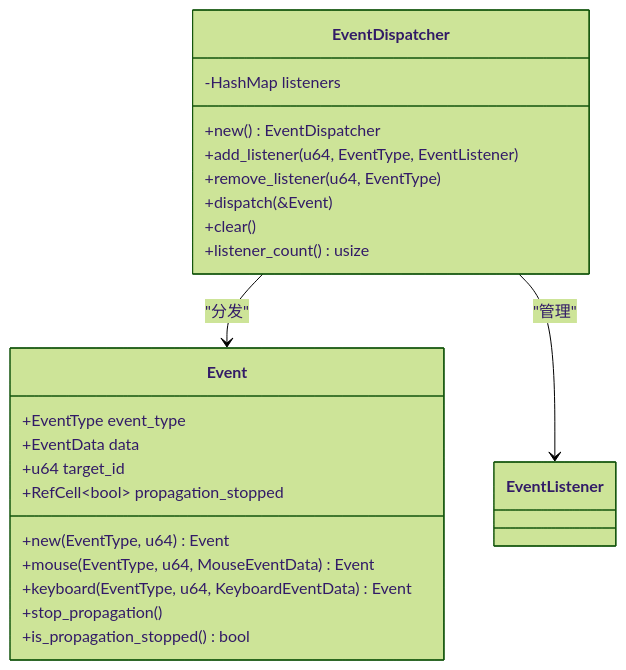
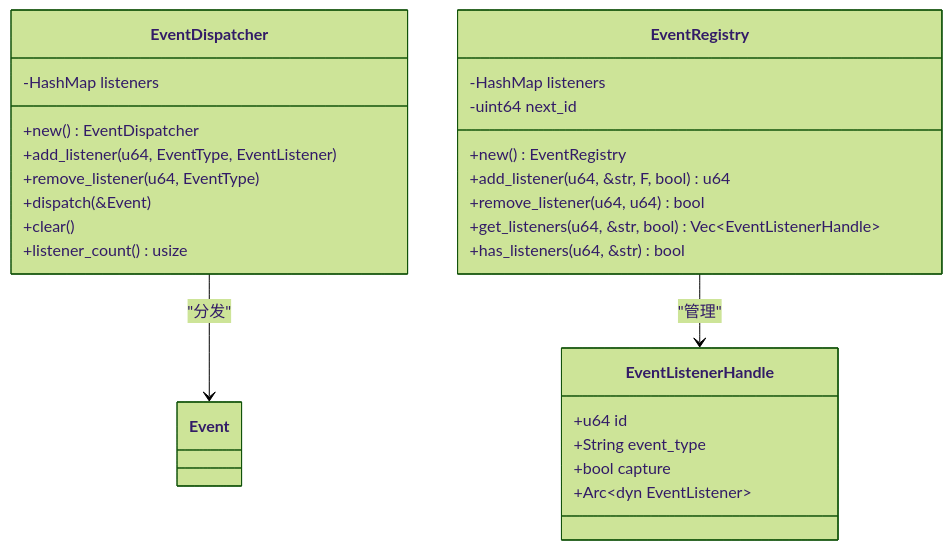
The fourth of 9 diagrams in .qoder/repowiki/zh/content/技术架构详解/跨端抽象层/iris-dom事件系统.md (itszzl-sudo/iris), drawn with Mermaid (forest theme) before and after one commit. The commit also changed other lines of this file and 8 other files, not shown here.

````diff
--- a/.qoder/repowiki/zh/content/技术架构详解/跨端抽象层/iris-dom事件系统.md
+++ b/.qoder/repowiki/zh/content/技术架构详解/跨端抽象层/iris-dom事件系统.md
@@ -143,25 +190,29 @@
 ```mermaid
 classDiagram
 class EventDispatcher {
 -HashMap listeners
 +new() EventDispatcher
 +add_listener(u64, EventType, EventListener)
 +remove_listener(u64, EventType)
 +dispatch(&Event)
 +clear()
 +listener_count() usize
 }
-class Event {
-+EventType event_type
-+EventData data
-+u64 target_id
-+RefCell~bool~ propagation_stopped
-+new(EventType, u64) Event
-+mouse(EventType, u64, MouseEventData) Event
-+keyboard(EventType, u64, KeyboardEventData) Event
-+stop_propagation()
-+is_propagation_stopped() bool
+class EventRegistry {
+-HashMap listeners
+-uint64 next_id
++new() EventRegistry
++add_listener(u64, &str, F, bool) u64
++remove_listener(u64, u64) bool
++get_listeners(u64, &str, bool) Vec~EventListenerHandle~
++has_listeners(u64, &str) bool
+}
+class EventListenerHandle {
++u64 id
++String event_type
++bool capture
++Arc~dyn EventListener~
 }
 EventDispatcher --> Event : "分发"
-EventDispatcher --> EventListener : "管理"
+EventRegistry --> EventListenerHandle : "管理"
 ```
````
